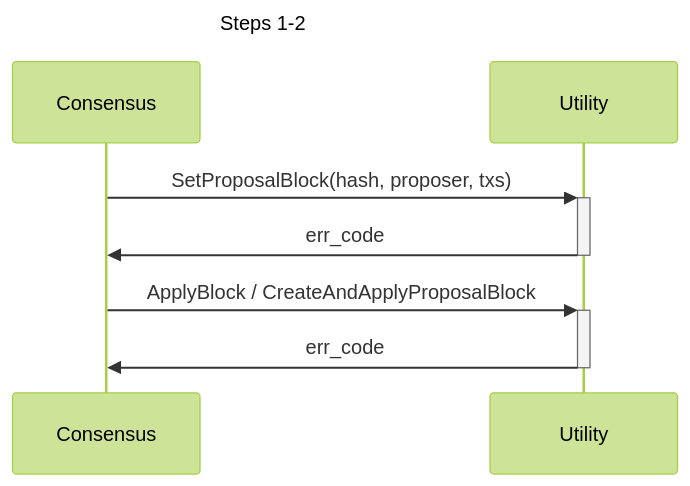
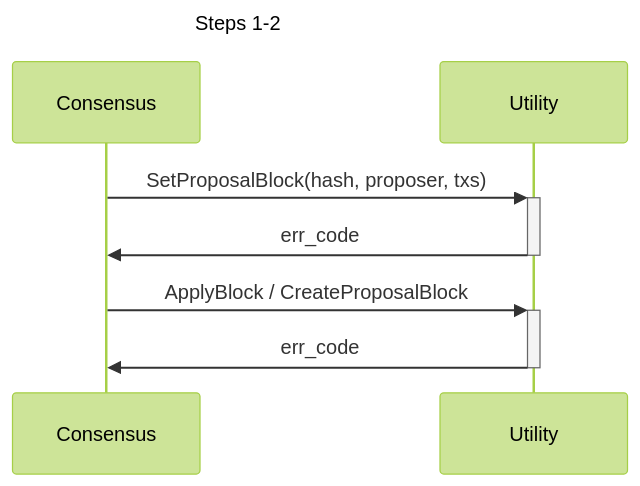
The fourth of 5 diagrams in shared/docs/PROTOCOL_STATE_HASH.md (pokt-network/pocket), drawn with Mermaid (forest theme) before and after one commit. The commit also changed other lines of this file and 1 other file, not shown here.

Commit message:
refactor(shared): CreateAndApplyProposalBlock & ApplyBlock

````diff
--- a/shared/docs/PROTOCOL_STATE_HASH.md
+++ b/shared/docs/PROTOCOL_STATE_HASH.md
@@ -127,14 +127,14 @@
 ```mermaid
 sequenceDiagram
     title Steps 1-2
     participant C as Consensus
     participant U as Utility
 
         %% Update the proposal in the utility unit of work
         C->>+U: SetProposalBlock(hash, proposer, txs)
         U->>-C: err_code
 
         %% Apply the block to the local proposal state
-        C->>+U: ApplyBlock / CreateAndApplyProposalBlock
+        C->>+U: ApplyBlock / CreateProposalBlock
         U->>-C: err_code
 ```
````
